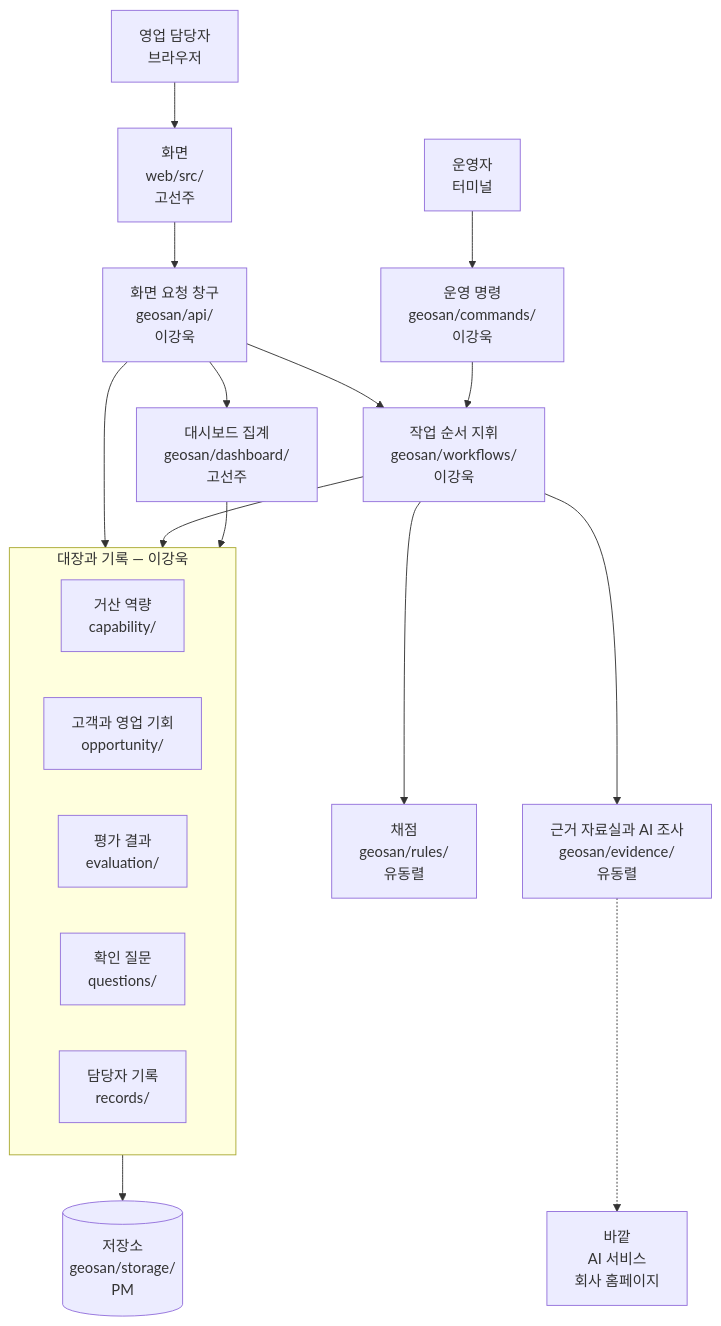
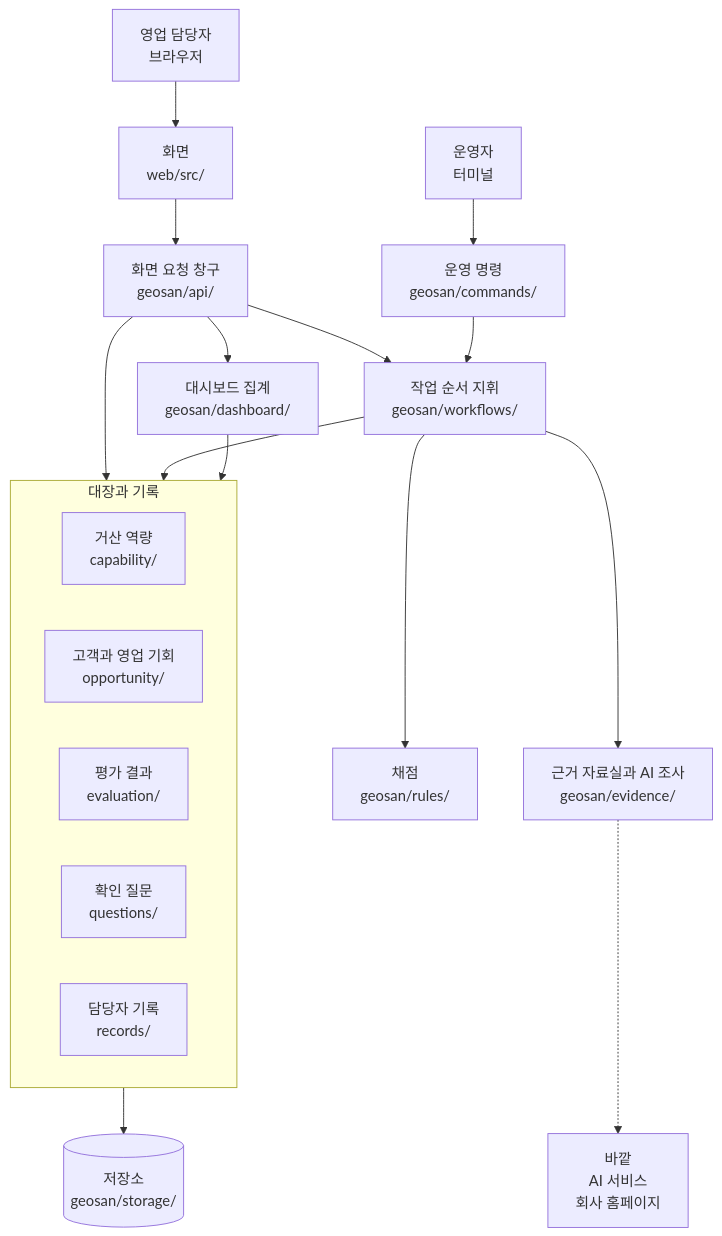
One commit to agent-ddalgi-team/final-geosan changed the first of 3 diagrams in docs/map/structure-map.md. Above: the diagram before and after it, drawn with Mermaid. The commit also changed other lines of this file and 4 other files, not shown here.

````diff
--- a/docs/map/structure-map.md
+++ b/docs/map/structure-map.md
@@ -21,23 +21,23 @@
 ```mermaid
 flowchart TB
-    U["영업 담당자<br/>브라우저"] --> WEB["화면<br/>web/src/<br/>고선주"]
-    OP["운영자<br/>터미널"] --> CMD["운영 명령<br/>geosan/commands/<br/>이강욱"]
-    WEB --> API["화면 요청 창구<br/>geosan/api/<br/>이강욱"]
-    API --> DASH["대시보드 집계<br/>geosan/dashboard/<br/>고선주"]
-    API --> WF["작업 순서 지휘<br/>geosan/workflows/<br/>이강욱"]
+    U["영업 담당자<br/>브라우저"] --> WEB["화면<br/>web/src/"]
+    OP["운영자<br/>터미널"] --> CMD["운영 명령<br/>geosan/commands/"]
+    WEB --> API["화면 요청 창구<br/>geosan/api/"]
+    API --> DASH["대시보드 집계<br/>geosan/dashboard/"]
+    API --> WF["작업 순서 지휘<br/>geosan/workflows/"]
     CMD --> WF
-    WF --> RULES["채점<br/>geosan/rules/<br/>유동렬"]
-    WF --> EVD["근거 자료실과 AI 조사<br/>geosan/evidence/<br/>유동렬"]
-    subgraph BOOK["대장과 기록 — 이강욱"]
+    WF --> RULES["채점<br/>geosan/rules/"]
+    WF --> EVD["근거 자료실과 AI 조사<br/>geosan/evidence/"]
+    subgraph BOOK["대장과 기록"]
         CAP["거산 역량<br/>capability/"]
         OPP["고객과 영업 기회<br/>opportunity/"]
         EVAL["평가 결과<br/>evaluation/"]
         QQ["확인 질문<br/>questions/"]
         REC["담당자 기록<br/>records/"]
     end
     API --> BOOK
     WF --> BOOK
     DASH --> BOOK
-    BOOK --> DBF[("저장소<br/>geosan/storage/<br/>PM")]
+    BOOK --> DBF[("저장소<br/>geosan/storage/")]
     EVD -.-> EXT["바깥<br/>AI 서비스<br/>회사 홈페이지"]
 ```
````
